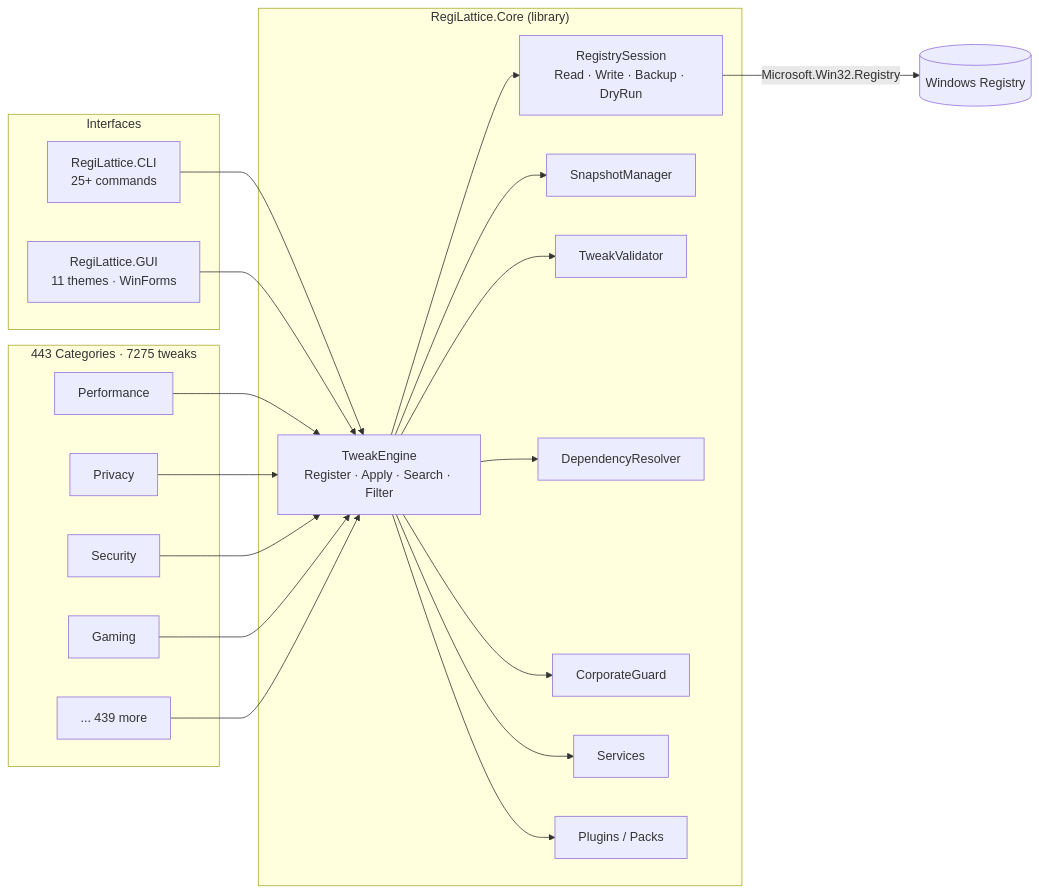
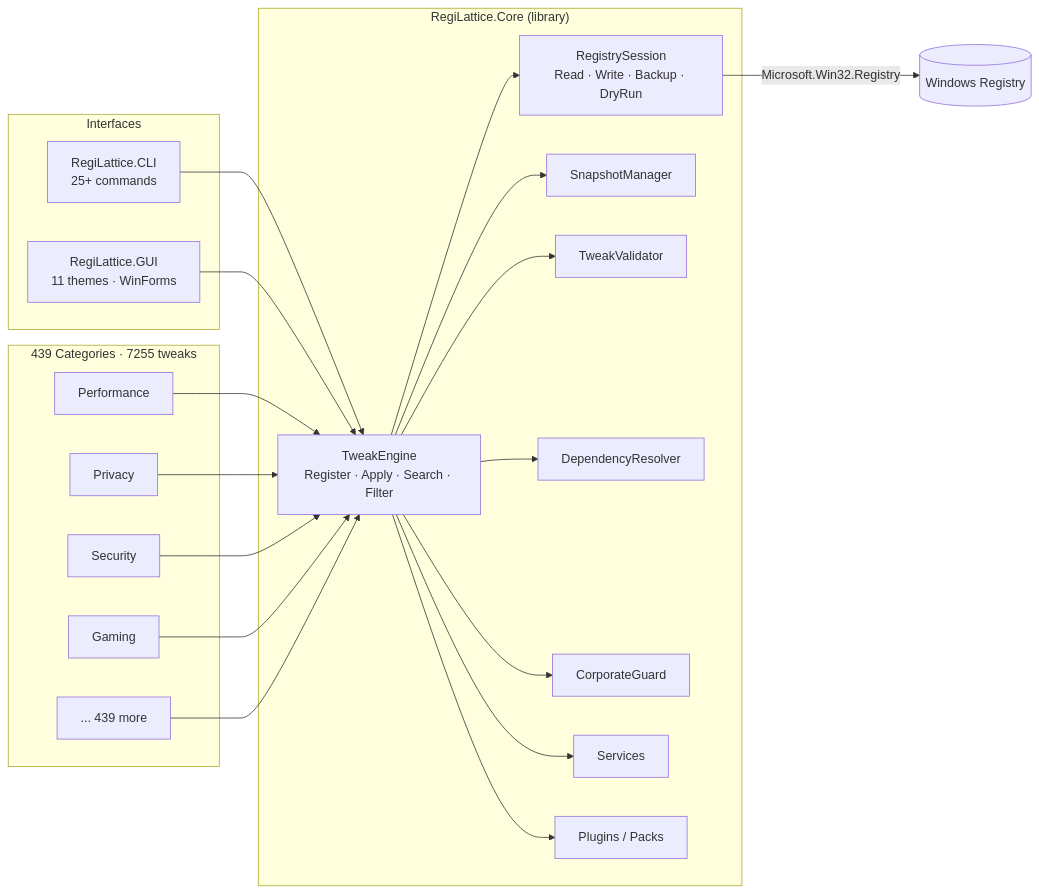
The first of 2 diagrams in README.md (RajwanYair/RegiLattice), drawn with Mermaid before and after one commit. The commit also changed other lines of this file and 3 other files, not shown here.

````diff
--- a/README.md
+++ b/README.md
@@ -86,38 +86,38 @@
 ```mermaid
 graph LR
     subgraph Interfaces
         CLI[RegiLattice.CLI<br/>25+ commands]
         GUI[RegiLattice.GUI<br/>11 themes · WinForms]
     end
 
     subgraph Core["RegiLattice.Core (library)"]
         TE[TweakEngine<br/>Register · Apply · Search · Filter]
         RS[RegistrySession<br/>Read · Write · Backup · DryRun]
         SM[SnapshotManager]
         TV[TweakValidator]
         DR[DependencyResolver]
         CG[CorporateGuard]
         SV[Services]
         PM[Plugins / Packs]
     end
 
-    subgraph Tweaks["443 Categories · 7275 tweaks"]
+    subgraph Tweaks["439 Categories · 7255 tweaks"]
         T1[Performance]
         T2[Privacy]
         T3[Security]
         T4[Gaming]
         TN[... 439 more]
     end
 
     CLI --> TE
     GUI --> TE
     TE --> RS
     TE --> SM
     TE --> TV
     TE --> DR
     TE --> CG
     TE --> SV
     TE --> PM
     T1 & T2 & T3 & T4 & TN --> TE
     RS -->|Microsoft.Win32.Registry| WR[(Windows Registry)]
 ```
````
